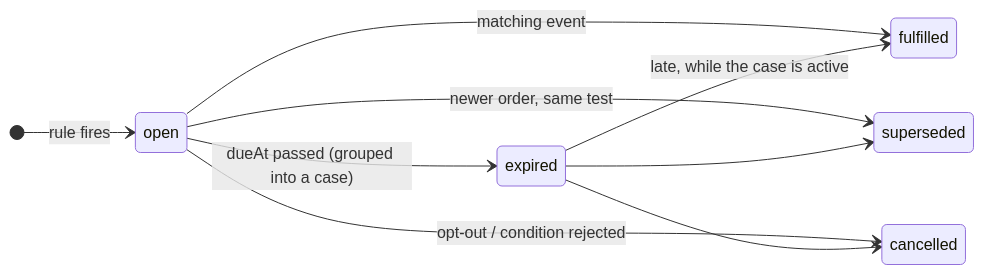
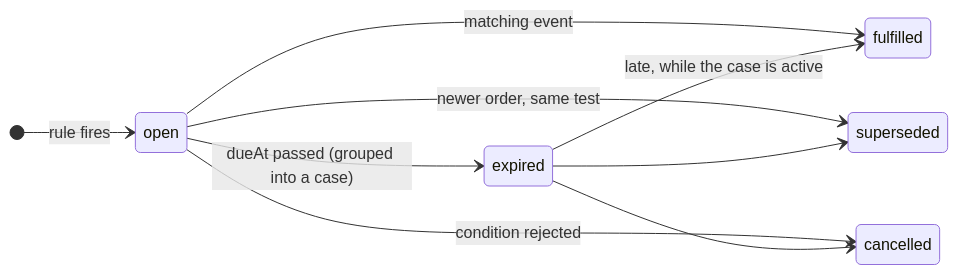
One commit to Hipocratesalud/follow-up-engine changed the first of 2 diagrams in packages/core/README.md. Above: the diagram before and after it, drawn with Mermaid. The commit also changed other lines of this file and 6 other files, not shown here.

````diff
--- a/packages/core/README.md
+++ b/packages/core/README.md
@@ -79,12 +79,12 @@
 ```mermaid
 stateDiagram-v2
   direction LR
   [*] --> open: rule fires
   open --> fulfilled: matching event
   open --> superseded: newer order, same test
-  open --> cancelled: opt-out / condition rejected
+  open --> cancelled: condition rejected
   open --> expired: dueAt passed (grouped into a case)
   expired --> fulfilled: late, while the case is active
   expired --> superseded
   expired --> cancelled
 ```
````
